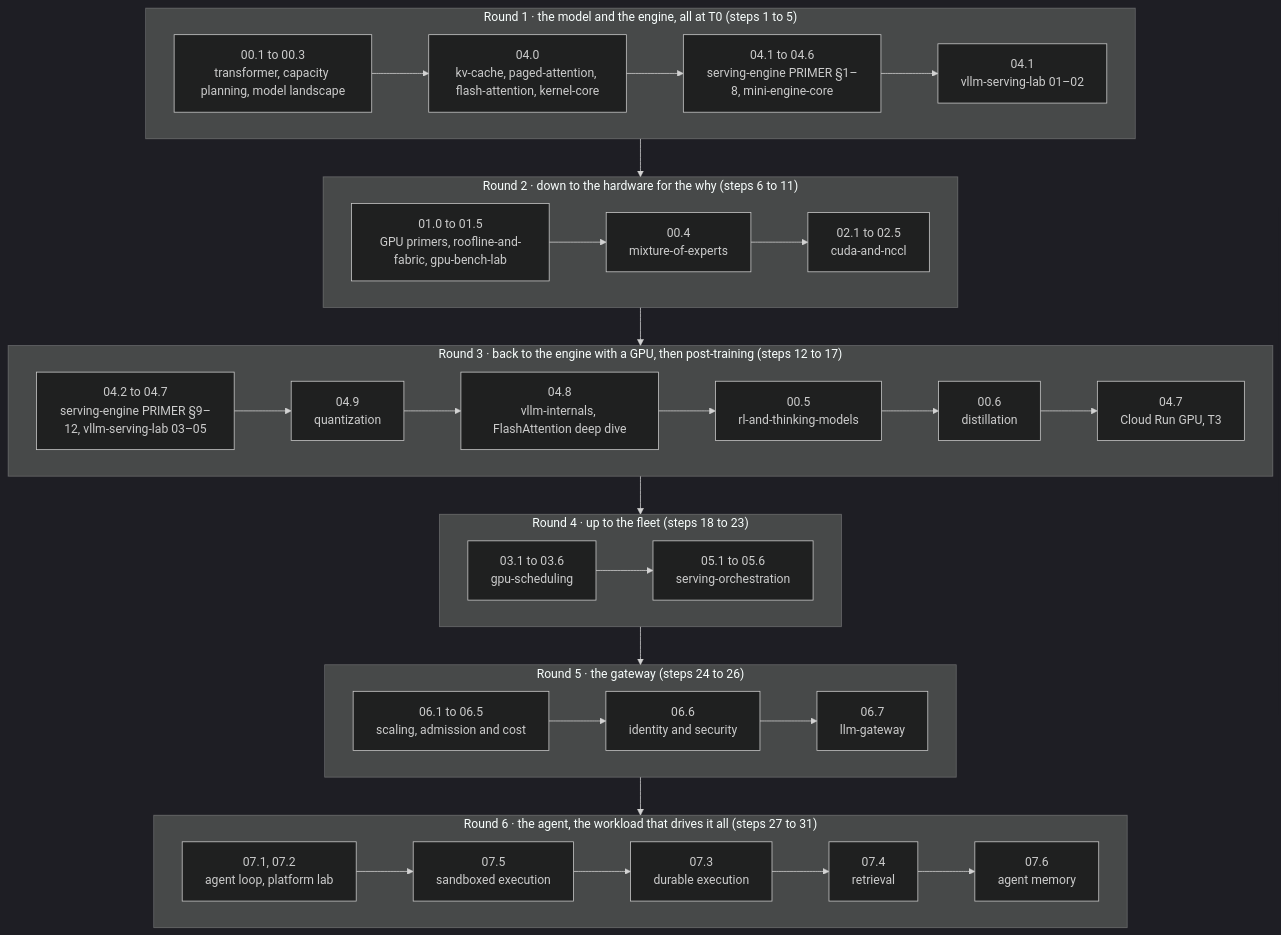
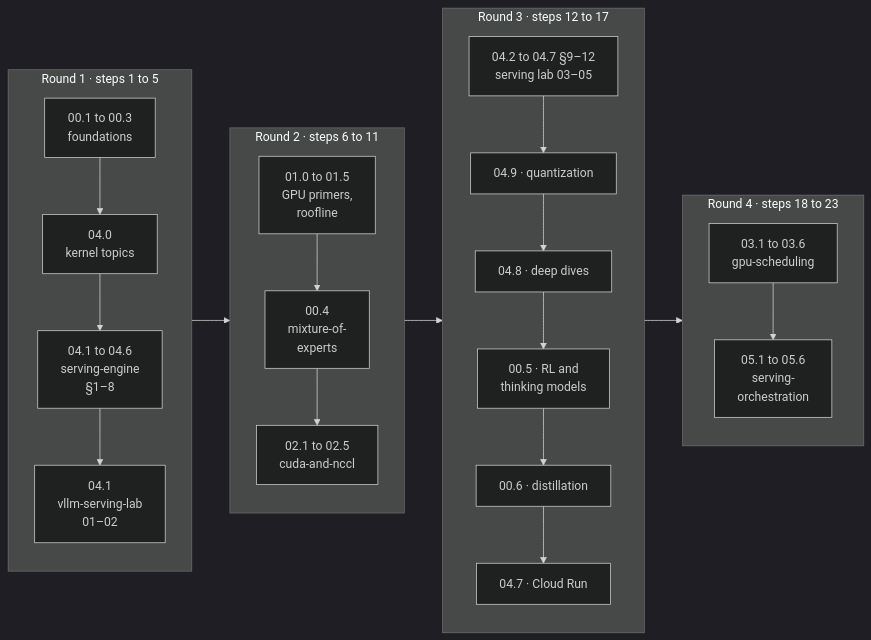
One commit to aniryou/full-stack-agentic-engineer changed the first of 2 diagrams in CURRICULUM.md. Above: the diagram before and after it, drawn with Mermaid (dark theme). The commit also changed other lines of this file and 633 other files, not shown here.

First line of the commit message:
Accessible language and one-screen figures, part 1: every figure fits a screen, the STE second pass over the layers (#53)

````diff
--- a/CURRICULUM.md
+++ b/CURRICULUM.md
@@ -157,28 +157,20 @@
 ```mermaid
-flowchart TB
-  subgraph R1["Round 1 · the model and the engine, all at T0 (steps 1 to 5)"]
-    direction LR
-    S1["00.1 to 00.3<br/>transformer, capacity planning, model landscape"] --> S3["04.0<br/>kv-cache, paged-attention, flash-attention, kernel-core"] --> S4["04.1 to 04.6<br/>serving-engine PRIMER §1–8, mini-engine-core"] --> S5["04.1<br/>vllm-serving-lab 01–02"]
+flowchart LR
+  subgraph R1["Round 1 · steps 1 to 5"]
+    direction TB
+    S1["00.1 to 00.3<br/>foundations"] --> S3["04.0<br/>kernel topics"] --> S4["04.1 to 04.6<br/>serving-engine<br/>§1–8"] --> S5["04.1<br/>vllm-serving-lab<br/>01–02"]
   end
-  subgraph R2["Round 2 · down to the hardware for the why (steps 6 to 11)"]
-    direction LR
-    S6["01.0 to 01.5<br/>GPU primers, roofline-and-fabric, gpu-bench-lab"] --> S9["00.4<br/>mixture-of-experts"] --> S10["02.1 to 02.5<br/>cuda-and-nccl"]
+  subgraph R2["Round 2 · steps 6 to 11"]
+    direction TB
+    S6["01.0 to 01.5<br/>GPU primers,<br/>roofline"] --> S9["00.4<br/>mixture-of-<br/>experts"] --> S10["02.1 to 02.5<br/>cuda-and-nccl"]
   end
-  subgraph R3["Round 3 · back to the engine with a GPU, then post-training (steps 12 to 17)"]
-    direction LR
-    S12["04.2 to 04.7<br/>serving-engine PRIMER §9–12, vllm-serving-lab 03–05"] --> S13["04.9<br/>quantization"] --> S14["04.8<br/>vllm-internals, FlashAttention deep dive"] --> S15["00.5<br/>rl-and-thinking-models"] --> S16["00.6<br/>distillation"] --> S17["04.7<br/>Cloud Run GPU, T3"]
+  subgraph R3["Round 3 · steps 12 to 17"]
+    direction TB
+    S12["04.2 to 04.7 §9–12<br/>serving lab 03–05"] --> S13["04.9 · quantization"] --> S14["04.8 · deep dives"] --> S15["00.5 · RL and<br/>thinking models"] --> S16["00.6 · distillation"] --> S17["04.7 · Cloud Run"]
   end
-  subgraph R4["Round 4 · up to the fleet (steps 18 to 23)"]
-    direction LR
-    S18["03.1 to 03.6<br/>gpu-scheduling"] --> S21["05.1 to 05.6<br/>serving-orchestration"]
+  subgraph R4["Round 4 · steps 18 to 23"]
+    direction TB
+    S18["03.1 to 03.6<br/>gpu-scheduling"] --> S21["05.1 to 05.6<br/>serving-<br/>orchestration"]
   end
-  subgraph R5["Round 5 · the gateway (steps 24 to 26)"]
-    direction LR
-    S24["06.1 to 06.5<br/>scaling, admission and cost"] --> S25["06.6<br/>identity and security"] --> S26["06.7<br/>llm-gateway"]
-  end
-  subgraph R6["Round 6 · the agent, the workload that drives it all (steps 27 to 31)"]
-    direction LR
-    S27["07.1, 07.2<br/>agent loop, platform lab"] --> S28["07.5<br/>sandboxed execution"] --> S29["07.3<br/>durable execution"] --> S30["07.4<br/>retrieval"] --> S31["07.6<br/>agent memory"]
-  end
-  R1 --> R2 --> R3 --> R4 --> R5 --> R6
+  R1 --> R2 --> R3 --> R4
 ```
````
